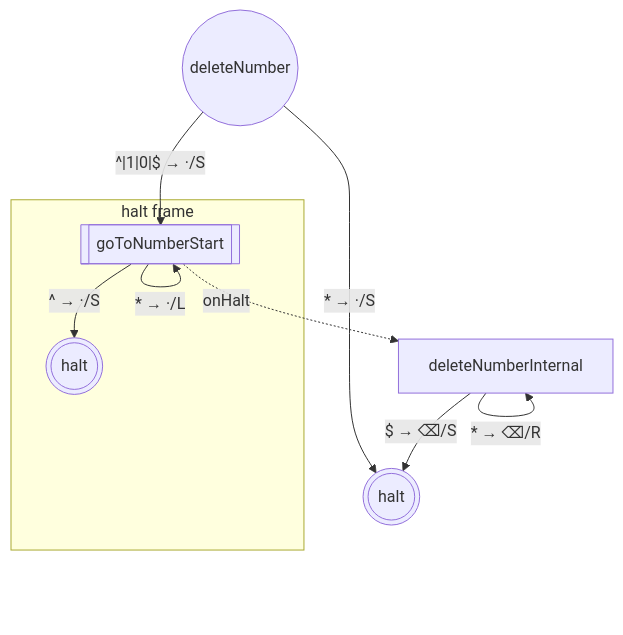
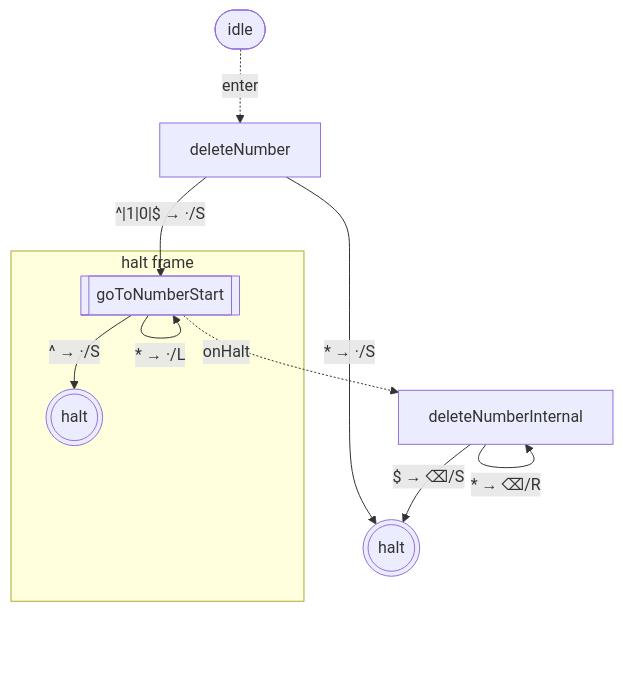
The fourth of 10 diagrams in packages/library-binary-numbers/states.md (mellonis/turing-machine-js), drawn with Mermaid before and after one commit. The commit also changed other lines of this file and 5 other files, not shown here.

````diff
--- a/packages/library-binary-numbers/states.md
+++ b/packages/library-binary-numbers/states.md
@@ -50,18 +56,20 @@
 ```mermaid
 flowchart TD
 %% alphabets: [[" ","^","$","0","1"]]
   s0(((halt)))
   s6["deleteNumberInternal"]
-  s8(("deleteNumber"))
+  s8["deleteNumber"]
+  idle([idle])
   subgraph w_7["halt frame"]
     s7[["goToNumberStart"]]
     c7(((halt)))
   end
+  idle -. enter .-> s8
   s6 -- "$ → ⌫/S" --> s0
   s6 -- "* → ⌫/R" --> s6
   s7 -- "^ → ·/S" --> c7
   s7 -- "* → ·/L" --> s7
   s7 -. onHalt .-> s6
   s8 -- "^|1|0|$ → ·/S" --> s7
   s8 -- "* → ·/S" --> s0
 ```
````
